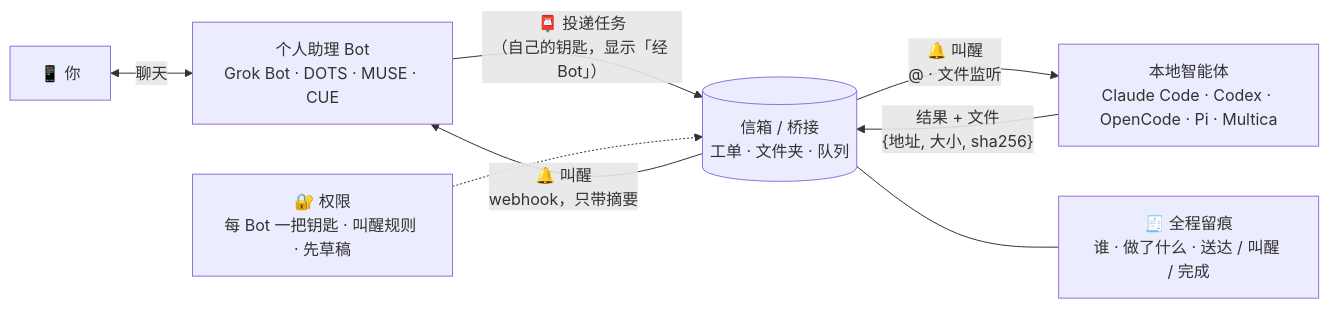
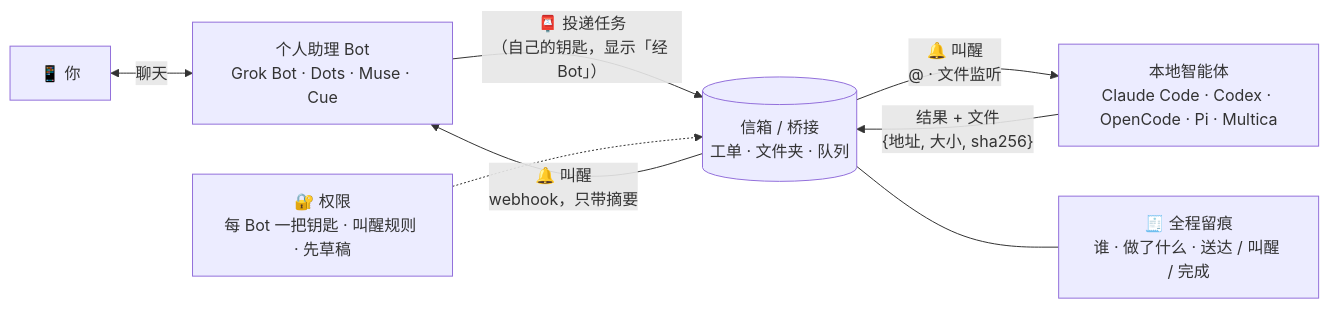
One commit to kkunkunya/virtual-bot-connect changed the diagram in README.zh-CN.md. Above: the diagram before and after it, drawn with Mermaid. The commit also changed other lines of this file and 7 other files, not shown here.

Commit message:
Use official bot names: Dots, Muse, Cue

````diff
--- a/README.zh-CN.md
+++ b/README.zh-CN.md
@@ -61,10 +61,10 @@
 ```mermaid
 flowchart LR
-  You["📱 你"] <-->|聊天| Bot["个人助理 Bot<br/>Grok Bot · DOTS · MUSE · CUE"]
+  You["📱 你"] <-->|聊天| Bot["个人助理 Bot<br/>Grok Bot · Dots · Muse · Cue"]
   Bot -->|"📮 投递任务<br/>（自己的钥匙，显示「经 Bot」）"| Box[("信箱 / 桥接<br/>工单 · 文件夹 · 队列")]
   Box -->|"🔔 叫醒<br/>@ · 文件监听"| Agents["本地智能体<br/>Claude Code · Codex · OpenCode · Pi · Multica"]
   Agents -->|"结果 + 文件<br/>{地址, 大小, sha256}"| Box
   Box -->|"🔔 叫醒<br/>webhook，只带摘要"| Bot
   Box --- Log["🧾 全程留痕<br/>谁 · 做了什么 · 送达 / 叫醒 / 完成"]
   Rules["🔐 权限<br/>每 Bot 一把钥匙 · 叫醒规则 · 先草稿"] -.-> Box
 ```
````
